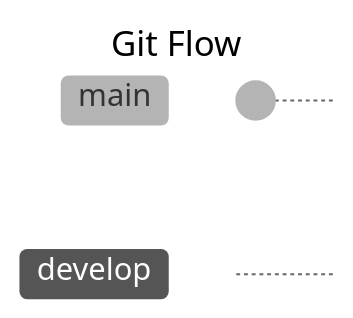
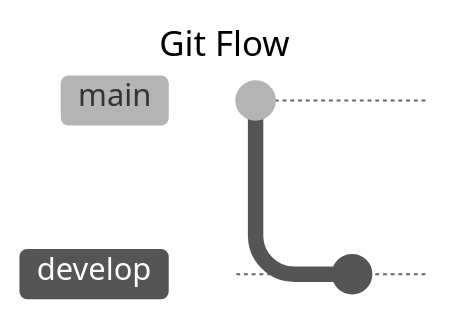
The diagram in README.md (Weydon-Ding/learn-gitflow), drawn with Mermaid (neutral theme) before and after one commit. Commit ids are hidden.

Commit message:
feat: commit develop

````diff
--- a/README.md
+++ b/README.md
@@ -3,10 +3,12 @@
 ```mermaid
 ---
 title: Git Flow
 ---
 
 gitGraph
 
 commit
 branch develop
+
+commit
 ```
````
